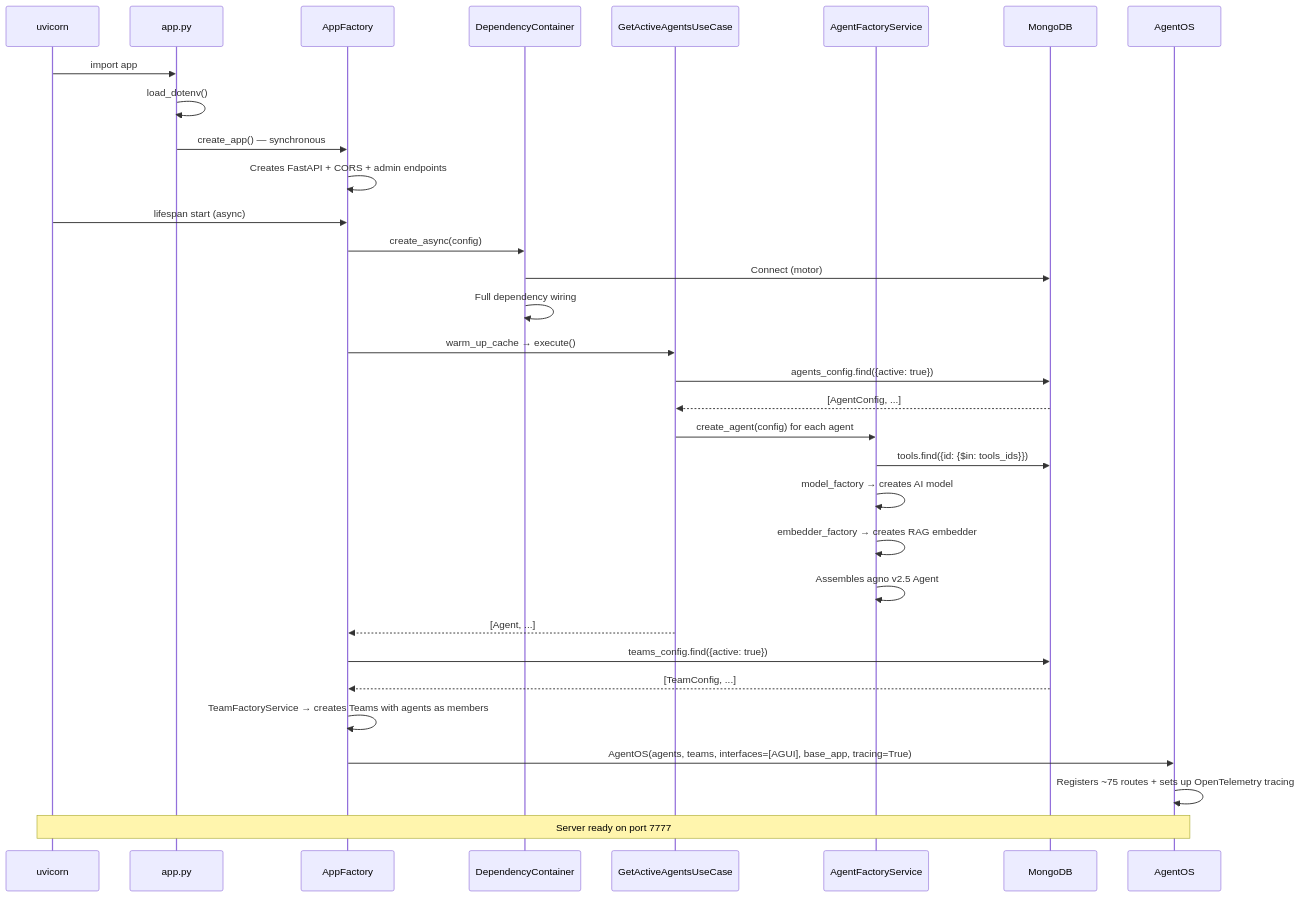
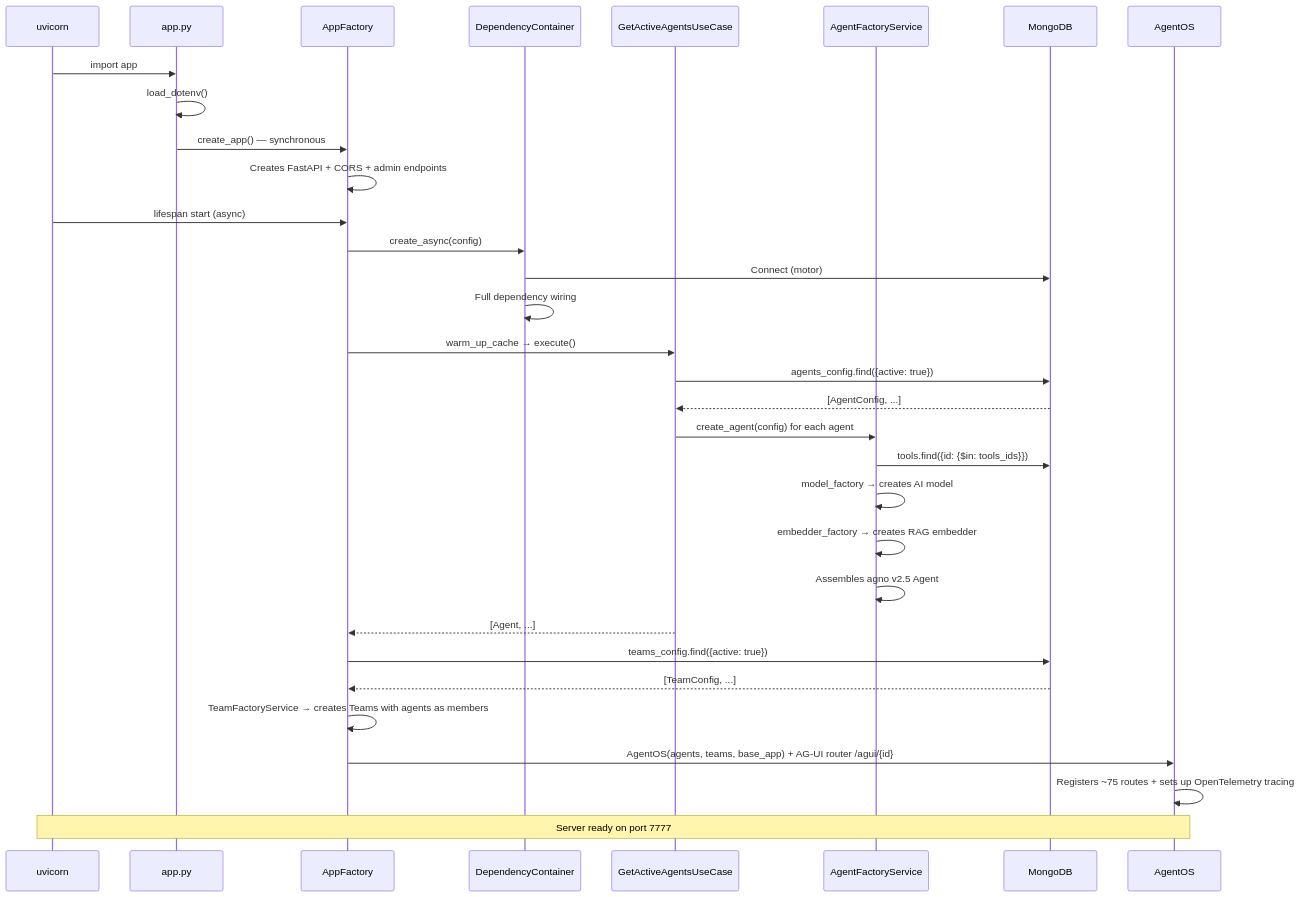
Before and after one commit to Mosfet04/orquestradorIAPythonArgo: the second of 4 diagrams in README.en.md, drawn with Mermaid. The commit also changed other lines of this file and 16 other files, not shown here.

First line of the commit message:
feat(agui): AG-UI por entidade em router próprio [F1-08]

````diff
--- a/README.en.md
+++ b/README.en.md
@@ -371,35 +371,35 @@
 ```mermaid
 sequenceDiagram
     participant U as uvicorn
     participant A as app.py
     participant F as AppFactory
     participant DI as DependencyContainer
     participant UC as GetActiveAgentsUseCase
     participant AF as AgentFactoryService
     participant MDB as MongoDB
     participant OS as AgentOS
 
     U->>A: import app
     A->>A: load_dotenv()
     A->>F: create_app() — synchronous
     F->>F: Creates FastAPI + CORS + admin endpoints
     U->>F: lifespan start (async)
     F->>DI: create_async(config)
     DI->>MDB: Connect (motor)
     DI->>DI: Full dependency wiring
     F->>UC: warm_up_cache → execute()
     UC->>MDB: agents_config.find({active: true})
     MDB-->>UC: [AgentConfig, ...]
     UC->>AF: create_agent(config) for each agent
     AF->>MDB: tools.find({id: {$in: tools_ids}})
     AF->>AF: model_factory → creates AI model
     AF->>AF: embedder_factory → creates RAG embedder
     AF->>AF: Assembles agno v2.5 Agent
     UC-->>F: [Agent, ...]
     F->>MDB: teams_config.find({active: true})
     MDB-->>F: [TeamConfig, ...]
     F->>F: TeamFactoryService → creates Teams with agents as members
-    F->>OS: AgentOS(agents, teams, interfaces=[AGUI], base_app, tracing=True)
+    F->>OS: AgentOS(agents, teams, base_app) + AG-UI router /agui/{id}
     OS->>OS: Registers ~75 routes + sets up OpenTelemetry tracing
     Note over U,OS: Server ready on port 7777
 ```
````
